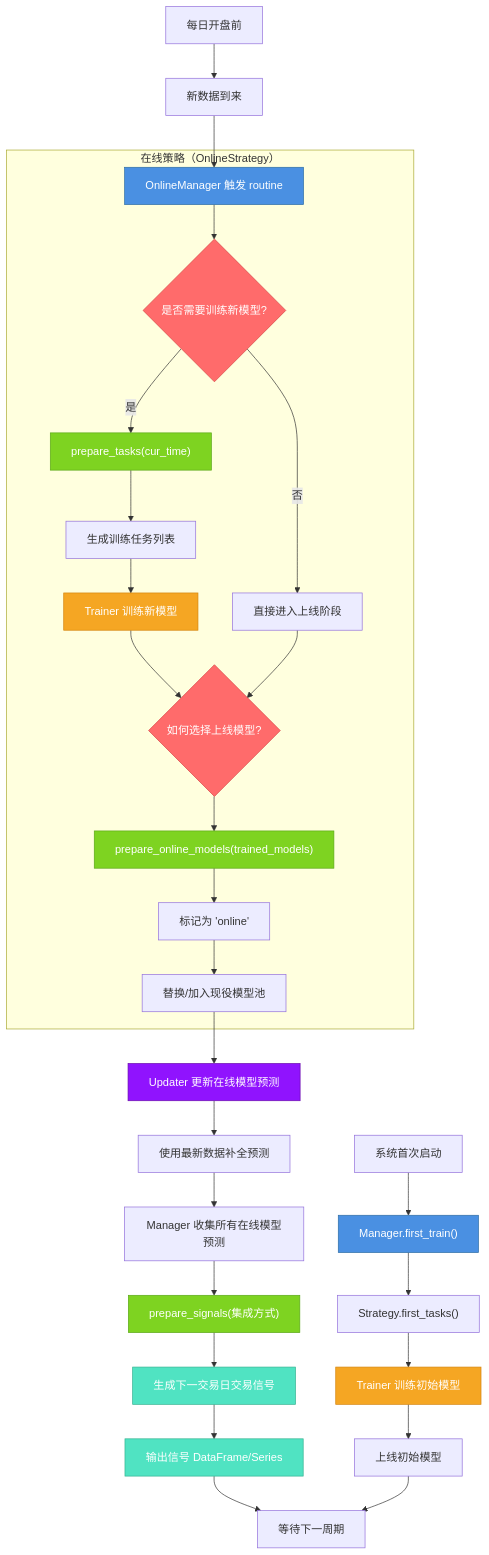
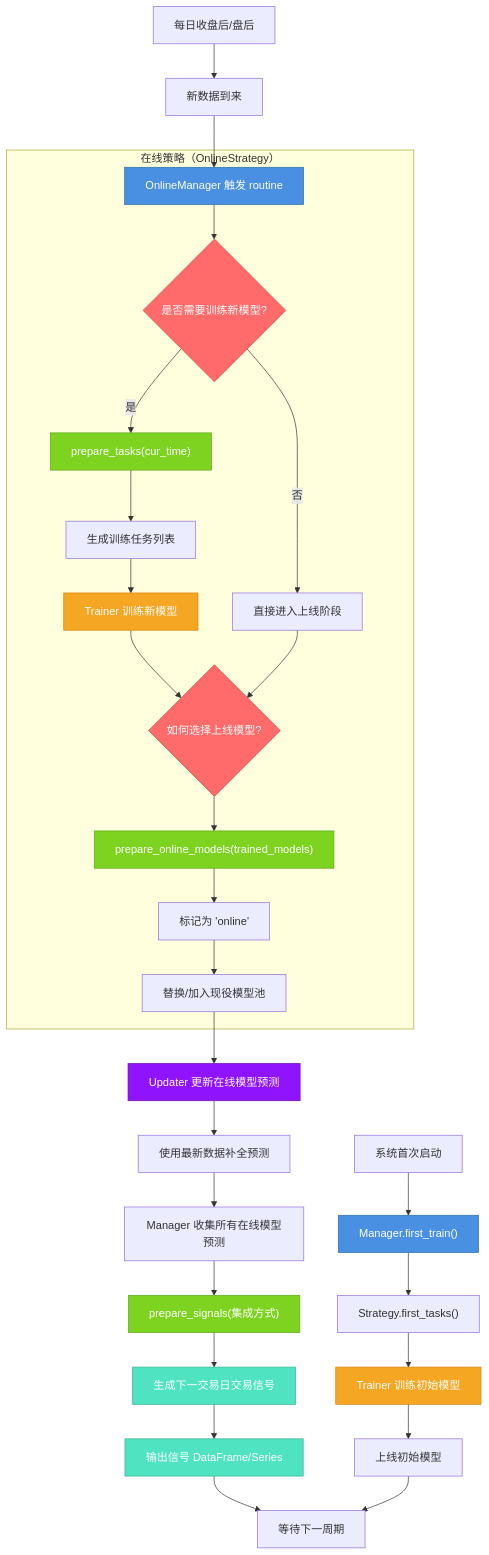
One commit to Scisaga/quant-learning changed the diagram in docs/qlib-线上策略管理.md. Above: the diagram before and after it, drawn with Mermaid. The commit also changed other lines of this file and 7 other files, not shown here.

````diff
--- a/docs/qlib-线上策略管理.md
+++ b/docs/qlib-线上策略管理.md
@@ -25,52 +25,52 @@
 ```mermaid
 flowchart TD
     %% ==== 样式定义 ====
     classDef strategy fill:#7ED321,stroke:#5BA818,color:#fff
     classDef manager fill:#4A90E2,stroke:#2E6DA4,color:#fff
     classDef model fill:#F5A623,stroke:#D4840E,color:#fff
     classDef signal fill:#50E3C2,stroke:#35B290,color:#fff
     classDef data fill:#9013FE,stroke:#6A0DAD,color:#fff
     classDef decision fill:#FF6B6B,stroke:#D64545,color:#fff
 
     %% ==== 主流程 ====
-    A["每日开盘前"] --> B["新数据到来"]
+    A["每日收盘后/盘后"] --> B["新数据到来"]
     B --> C["OnlineManager 触发 routine"]
 
     subgraph 在线策略核心决策 [在线策略（OnlineStrategy）]
         C --> D{"是否需要训练新模型?"}
         D -->|是| E["prepare_tasks(cur_time)"]
         E --> F["生成训练任务列表"]
         F --> G["Trainer 训练新模型"]
         D -->|否| H["直接进入上线阶段"]
 
         G --> I{"如何选择上线模型?"}
         H --> I
         I --> J["prepare_online_models(trained_models)"]
         J --> K["标记为 'online'"]
         K --> L["替换/加入现役模型池"]
     end
 
     L --> M["Updater 更新在线模型预测"]
     M --> N["使用最新数据补全预测"]
     N --> O["Manager 收集所有在线模型预测"]
 
     O --> P["prepare_signals(集成方式)"]
     P --> Q["生成下一交易日交易信号"]
     Q --> R["输出信号 DataFrame/Series"]
     R --> S["等待下一周期"]
 
     %% ==== 首次启动 ====
     T["系统首次启动"] --> U["Manager.first_train()"]
     U --> V["Strategy.first_tasks()"]
     V --> W["Trainer 训练初始模型"]
     W --> X["上线初始模型"]
     X --> S
 
     %% ==== 样式绑定 ====
     class D,I decision
     class E,J,P strategy
     class C,U manager
     class G,W model
     class M data
     class Q,R signal
 ```
````
